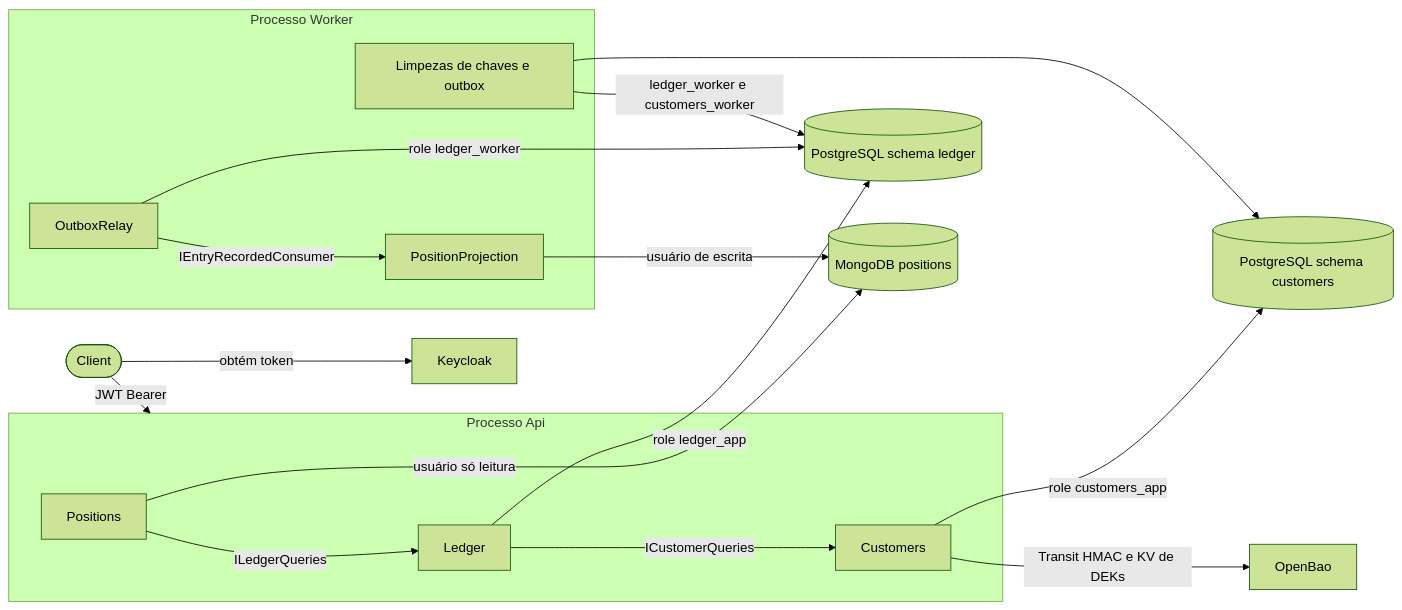
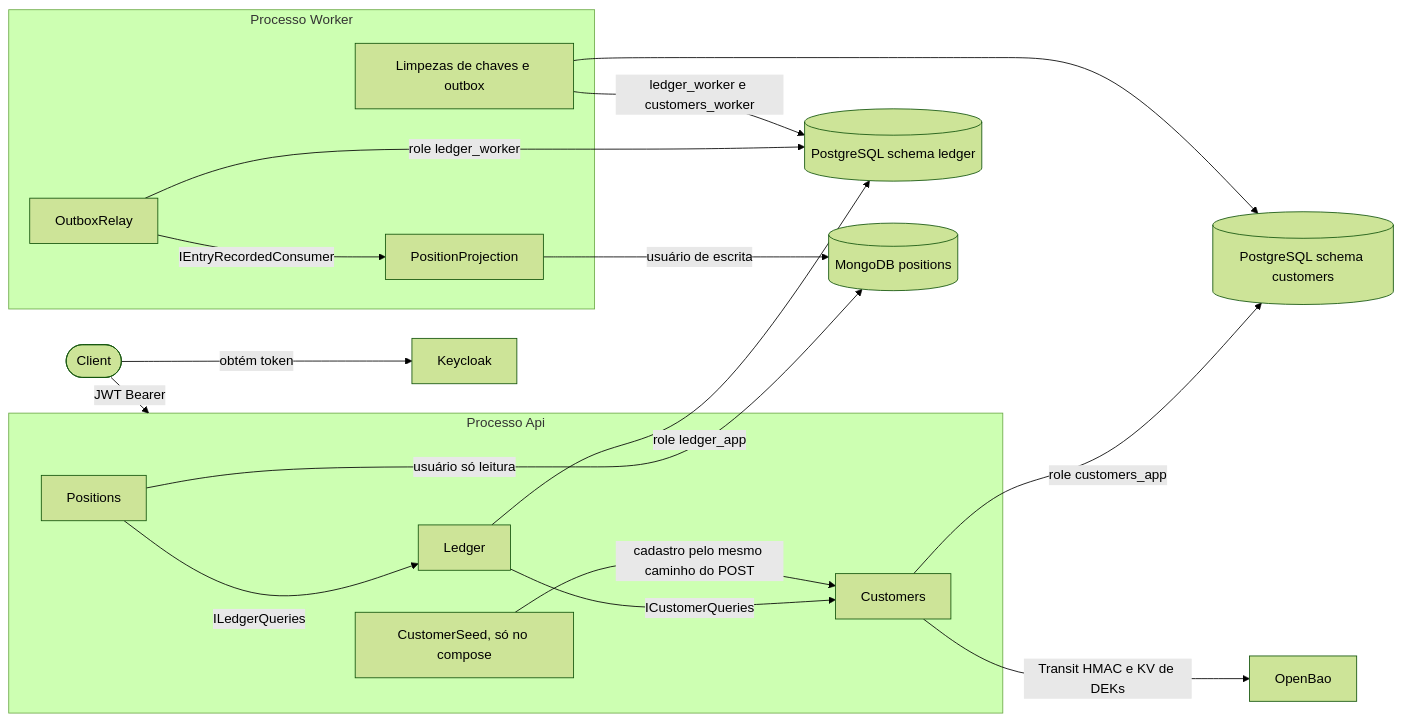
One commit to arthuurw/desafio-arquiteto-keyrus changed the first of 2 diagrams in docs/arquitetura/README.md. Above: the diagram before and after it, drawn with Mermaid (forest theme). The commit also changed other lines of this file and 3 other files, not shown here.

First line of the commit message:
docs(fluxos): match the flow diagrams to the code at HEAD

````diff
--- a/docs/arquitetura/README.md
+++ b/docs/arquitetura/README.md
@@ -24,33 +24,35 @@
 ```mermaid
 flowchart LR
   C([Client])
   K[Keycloak]
   subgraph API[Processo Api]
     L[Ledger]
     P[Positions]
     CU[Customers]
+    S[CustomerSeed, só no compose]
   end
   subgraph WK[Processo Worker]
     R[OutboxRelay]
     PP[PositionProjection]
     PU[Limpezas de chaves e outbox]
   end
   PGL[(PostgreSQL schema ledger)]
   PGC[(PostgreSQL schema customers)]
   M[(MongoDB positions)]
   V[OpenBao]
 
   C -->|obtém token| K
   C -->|JWT Bearer| API
   L -->|role ledger_app| PGL
   CU -->|role customers_app| PGC
   L -->|ICustomerQueries| CU
   P -->|ILedgerQueries| L
   P -->|usuário só leitura| M
   CU -->|Transit HMAC e KV de DEKs| V
+  S -->|cadastro pelo mesmo caminho do POST| CU
   R -->|role ledger_worker| PGL
   R -->|IEntryRecordedConsumer| PP
   PP -->|usuário de escrita| M
   PU -->|ledger_worker e customers_worker| PGL
   PU --> PGC
 ```
````
